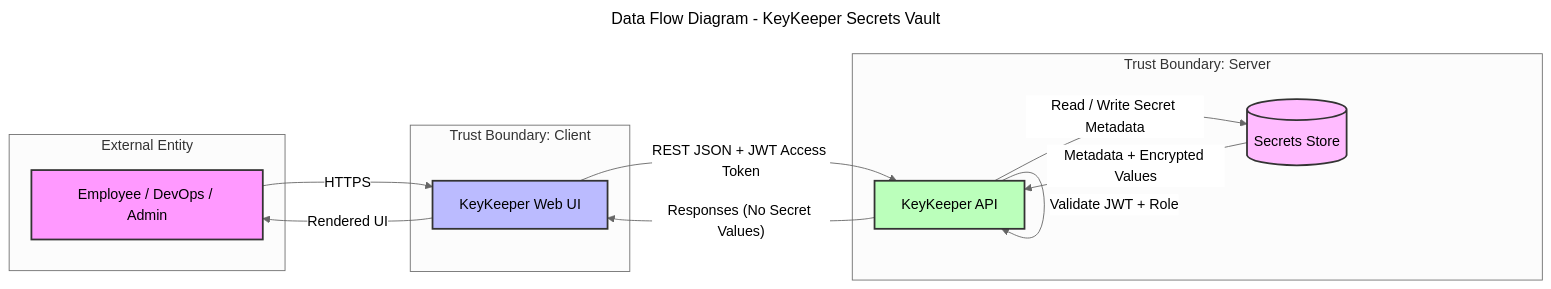
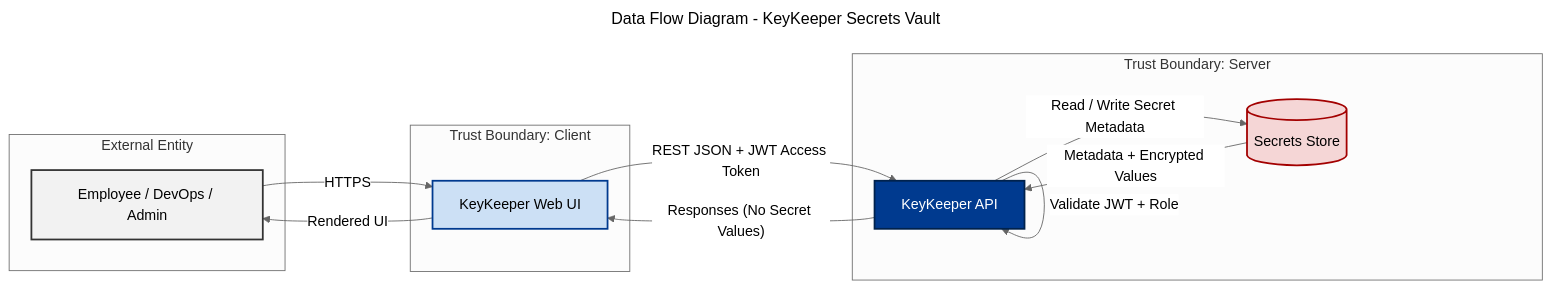
Before and after one commit to osteinke/security-capstone-student: the diagram in 05-keykeeper/threat-model/dfd.mmd, drawn with Mermaid (neutral theme).

Commit message:
add diagram

```diff
--- a/05-keykeeper/threat-model/dfd.mmd
+++ b/05-keykeeper/threat-model/dfd.mmd
@@ -1,37 +1,37 @@
 ---
 title: Data Flow Diagram - KeyKeeper Secrets Vault
 ---
 
 flowchart LR
 
 subgraph External["External Entity"]
     User[Employee / DevOps / Admin]
 end
 
 subgraph ClientTrust["Trust Boundary: Client"]
     FE[KeyKeeper Web UI]
 end
 
 subgraph ServerTrust["Trust Boundary: Server"]
     API[KeyKeeper API]
     DB[(Secrets Store)]
 end
 
 User -->|"HTTPS"| FE
 FE -->|"REST JSON + JWT Access Token"| API
 API -->|"Validate JWT + Role"| API
 API -->|"Read / Write Secret Metadata"| DB
 DB -->|"Metadata + Encrypted Values"| API
 API -->|"Responses (No Secret Values)"| FE
 FE -->|"Rendered UI"| User
 
-%% Styling
-classDef external fill:#f9f,stroke:#333,stroke-width:2px
-classDef client fill:#bbf,stroke:#333,stroke-width:2px
-classDef server fill:#bfb,stroke:#333,stroke-width:2px
-classDef database fill:#fbf,stroke:#333,stroke-width:2px
+%% Travelers-style corporate coloring
+classDef external fill:#f2f2f2,stroke:#333333,stroke-width:2px
+classDef client fill:#cce0f5,stroke:#003a8f,stroke-width:2px
+classDef server fill:#003a8f,stroke:#00224d,stroke-width:2px,color:#ffffff
+classDef database fill:#f5d6d6,stroke:#a30000,stroke-width:2px
 
 class User external
 class FE client
 class API server
 class DB database
```
